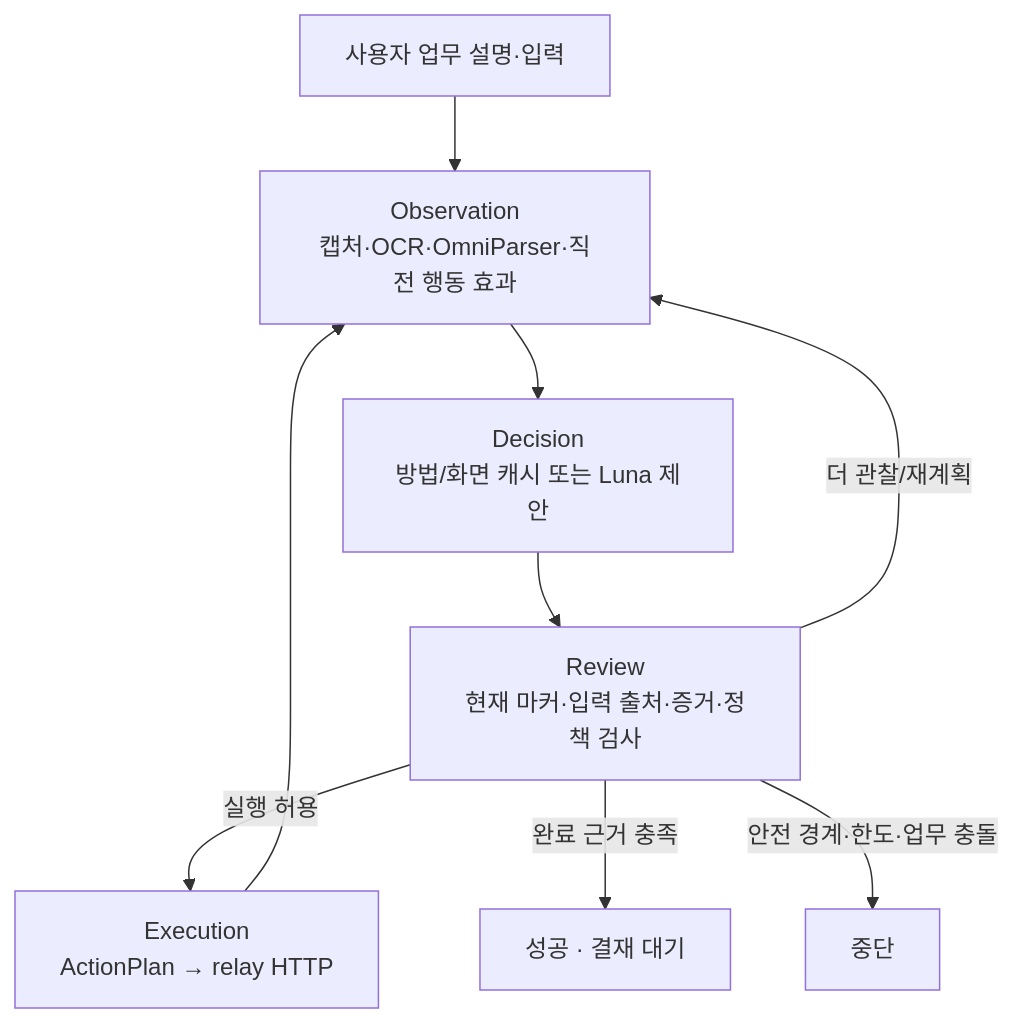
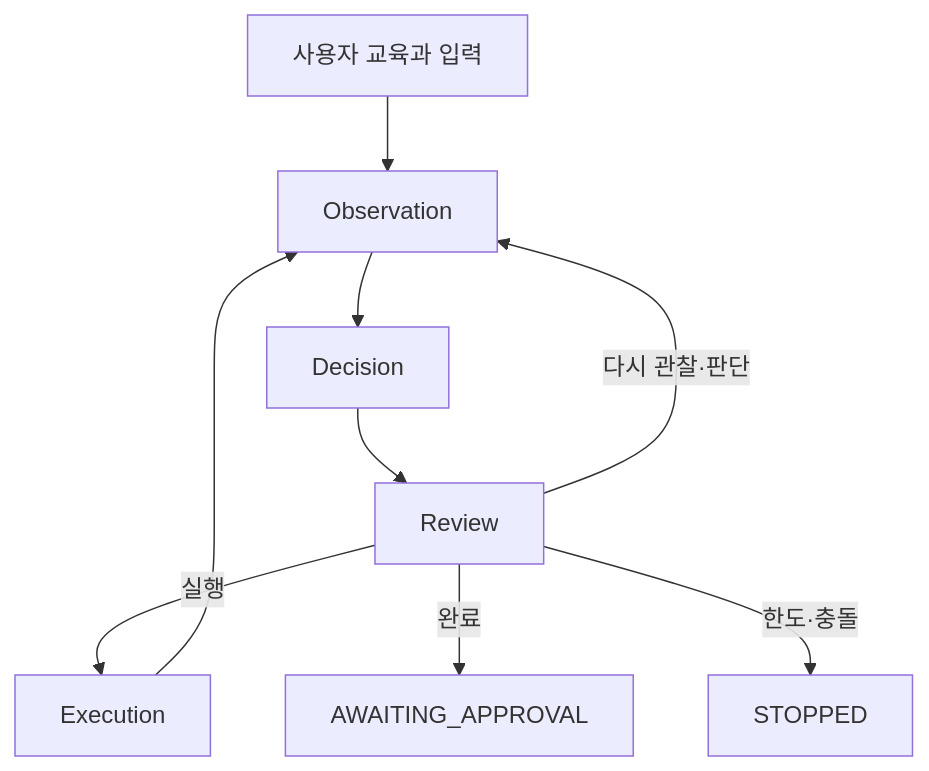
One commit to Dreamtreeme/agent-sawon changed the second of 3 diagrams in docs/code-flow.md. Above: the diagram before and after it, drawn with Mermaid. The commit also changed other lines of this file and 56 other files, not shown here.

````diff
--- a/docs/code-flow.md
+++ b/docs/code-flow.md
@@ -28,11 +25,11 @@
 ```mermaid
 flowchart TD
-    START["사용자 업무 설명·입력"] --> O["Observation<br/>캡처·OCR·OmniParser·직전 행동 효과"]
-    O --> D["Decision<br/>방법/화면 캐시 또는 Luna 제안"]
-    D --> R["Review<br/>현재 마커·입력 출처·증거·정책 검사"]
-    R -->|실행 허용| E["Execution<br/>ActionPlan → relay HTTP"]
+    START[사용자 교육과 입력] --> O[Observation]
+    O --> D[Decision]
+    D --> R[Review]
+    R -->|실행| E[Execution]
     E --> O
-    R -->|더 관찰/재계획| O
-    R -->|완료 근거 충족| DONE["성공 · 결재 대기"]
-    R -->|안전 경계·한도·업무 충돌| STOP["중단"]
+    R -->|다시 관찰·판단| O
+    R -->|완료| DONE[AWAITING_APPROVAL]
+    R -->|한도·충돌| STOP[STOPPED]
 ```
````
